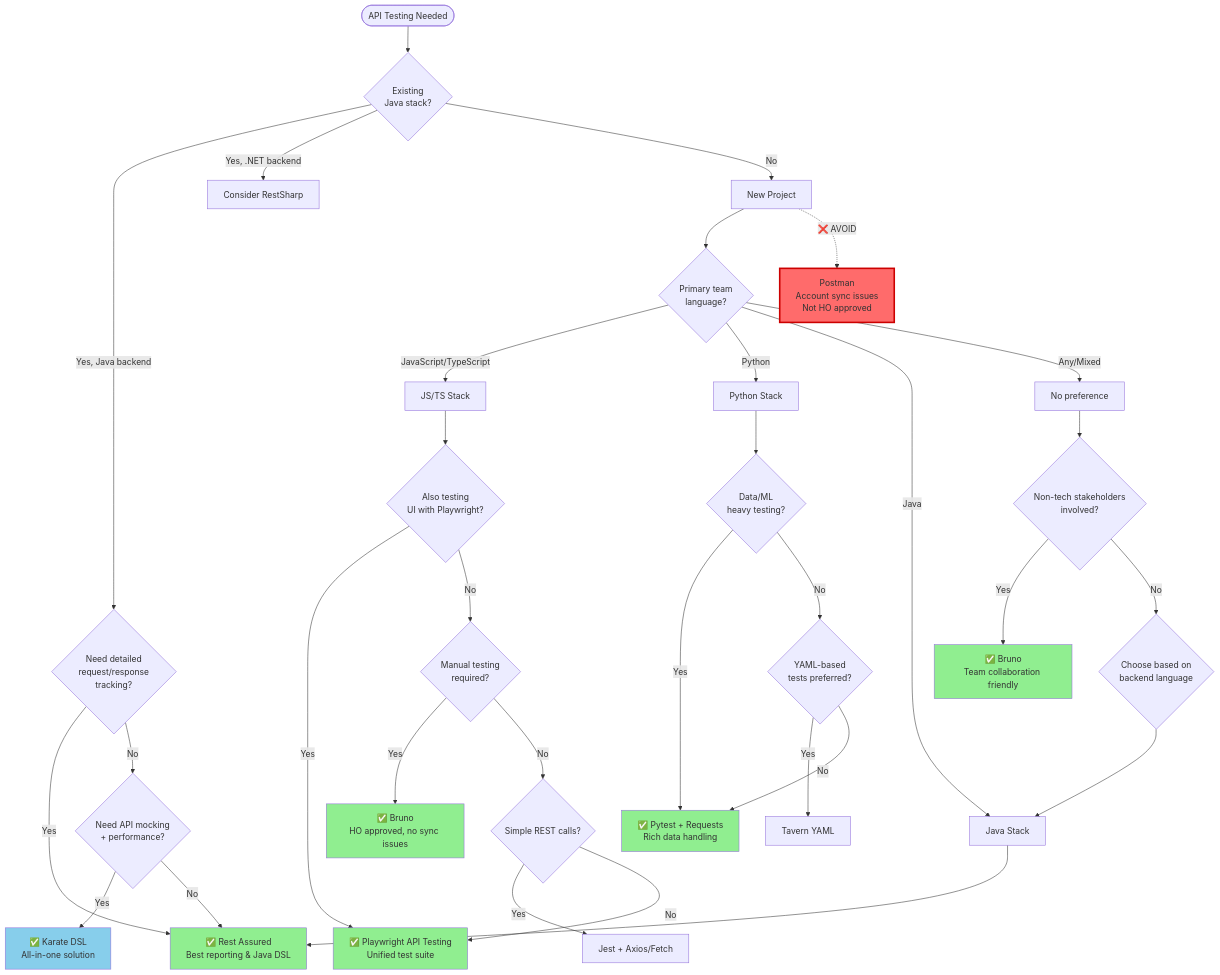
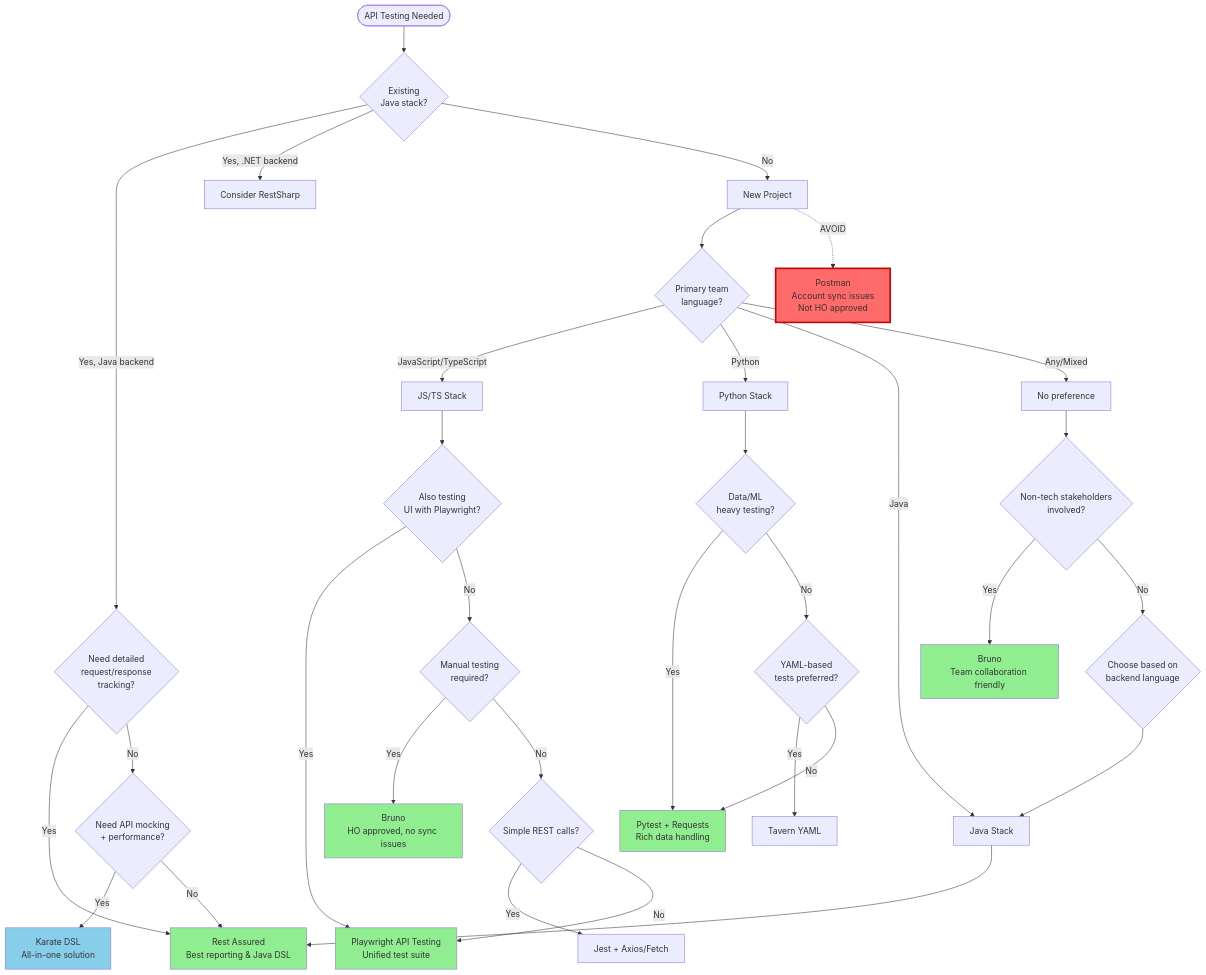
Before and after one commit to JeevanDamalcheruvuHO/qe-guild: the diagram in docs/getting-started/api-testing-decision.md, drawn with Mermaid. The commit also changed other lines of this file and 15 other files, not shown here.

````diff
--- a/docs/getting-started/api-testing-decision.md
+++ b/docs/getting-started/api-testing-decision.md
@@ -7,60 +7,60 @@
 ```mermaid
 flowchart TD
     Start([API Testing Needed]) --> Existing{Existing<br/>Java stack?}
     
     Existing -->|Yes, Java backend| JavaBackend{Need detailed<br/>request/response<br/>tracking?}
     Existing -->|Yes, .NET backend| DotNet[Consider RestSharp]
     Existing -->|No| NewProject[New Project]
     
-    JavaBackend -->|Yes| RestAssured[✅ Rest Assured<br/>Best reporting & Java DSL]
+    JavaBackend -->|Yes| RestAssured[ Rest Assured<br/>Best reporting & Java DSL]
     JavaBackend -->|No| Karate{Need API mocking<br/>+ performance?}
     
-    Karate -->|Yes| KarateDSL[✅ Karate DSL<br/>All-in-one solution]
+    Karate -->|Yes| KarateDSL[ Karate DSL<br/>All-in-one solution]
     Karate -->|No| RestAssured
     
     NewProject --> TeamLang{Primary team<br/>language?}
     
     TeamLang -->|JavaScript/TypeScript| JSStack[JS/TS Stack]
     TeamLang -->|Python| PythonStack[Python Stack]
     TeamLang -->|Java| JavaStack[Java Stack]
     TeamLang -->|Any/Mixed| TeamPref[No preference]
     
     JSStack --> NeedUI{Also testing<br/>UI with Playwright?}
     
-    NeedUI -->|Yes| PlaywrightAPI[✅ Playwright API Testing<br/>Unified test suite]
+    NeedUI -->|Yes| PlaywrightAPI[ Playwright API Testing<br/>Unified test suite]
     NeedUI -->|No| ManualTesting{Manual testing<br/>required?}
     
-    ManualTesting -->|Yes| Bruno[✅ Bruno<br/>HO approved, no sync issues]
+    ManualTesting -->|Yes| Bruno[ Bruno<br/>HO approved, no sync issues]
     ManualTesting -->|No| Axios{Simple REST calls?}
     
     Axios -->|Yes| JestAxios[Jest + Axios/Fetch]
     Axios -->|No| PlaywrightAPI
     
     PythonStack --> DataHeavy{Data/ML<br/>heavy testing?}
     
-    DataHeavy -->|Yes| PytestRequests[✅ Pytest + Requests<br/>Rich data handling]
+    DataHeavy -->|Yes| PytestRequests[ Pytest + Requests<br/>Rich data handling]
     DataHeavy -->|No| Tavern{YAML-based<br/>tests preferred?}
     
     Tavern -->|Yes| TavernDSL[Tavern YAML]
     Tavern -->|No| PytestRequests
     
     JavaStack --> RestAssured
     
     TeamPref --> CollabNeeded{Non-tech stakeholders<br/>involved?}
     
-    CollabNeeded -->|Yes| BrunoCollab[✅ Bruno<br/>Team collaboration friendly]
+    CollabNeeded -->|Yes| BrunoCollab[ Bruno<br/>Team collaboration friendly]
     CollabNeeded -->|No| BestLang{Choose based on<br/>backend language}
     
     BestLang --> JavaStack
     
     style RestAssured fill:#90EE90
     style Bruno fill:#90EE90
     style PlaywrightAPI fill:#90EE90
     style PytestRequests fill:#90EE90
     style KarateDSL fill:#87CEEB
     style BrunoCollab fill:#90EE90
     
     %% Add warning for Postman
-    NewProject -.->|❌ AVOID| Postman[Postman<br/>Account sync issues<br/>Not HO approved]
+    NewProject -.->| AVOID| Postman[Postman<br/>Account sync issues<br/>Not HO approved]
     style Postman fill:#FF6B6B,stroke:#CC0000,stroke-width:3px
 ```
````
